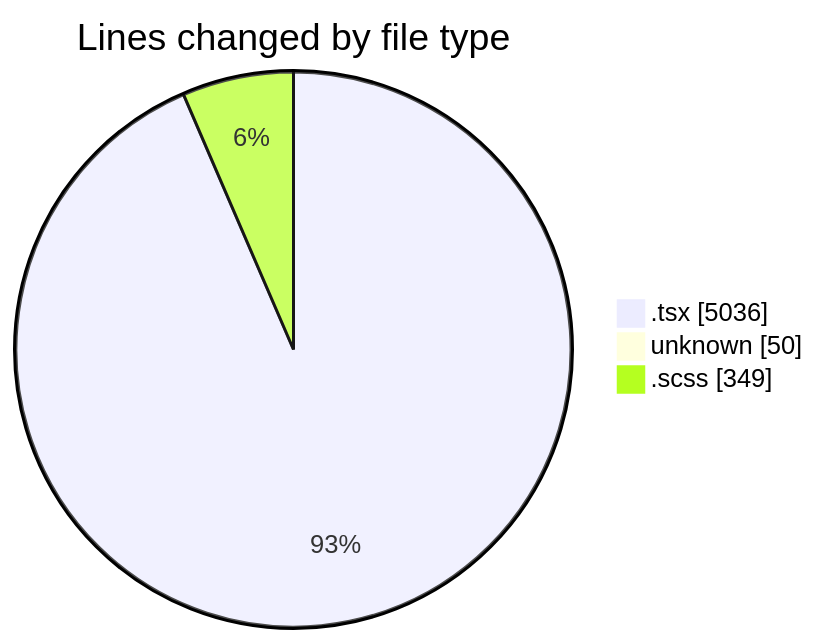
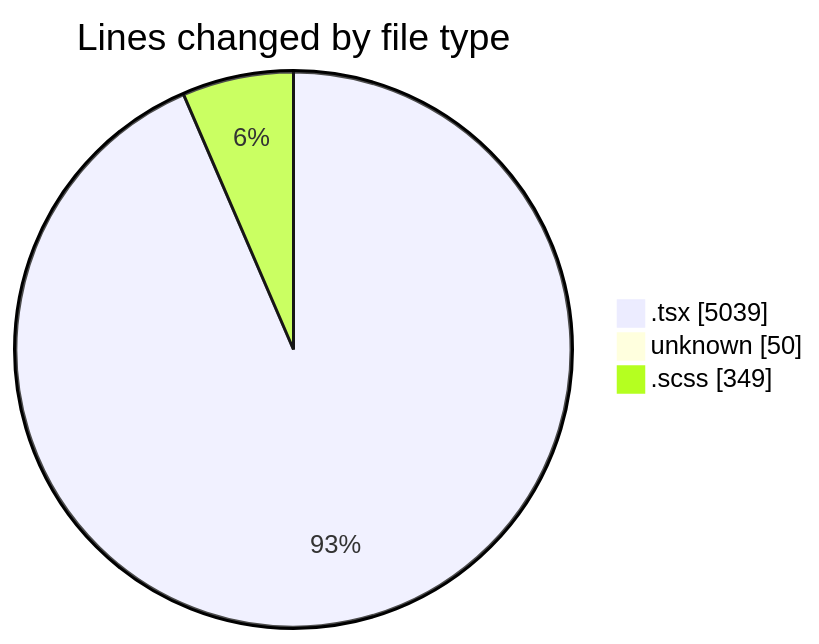
Before and after one commit to momahboobian/code-tracking: the first of 2 diagrams in 2025-12-05/cda/README.md, drawn with Mermaid. The commit also changed other lines of this file and 1 other file, not shown here.

````diff
--- a/2025-12-05/cda/README.md
+++ b/2025-12-05/cda/README.md
@@ -30,7 +30,7 @@
 ```mermaid
 pie showData
 title Lines changed by file type
-".tsx" : 5036
+".tsx" : 5039
 "unknown" : 50
 ".scss" : 349
 ```
````
